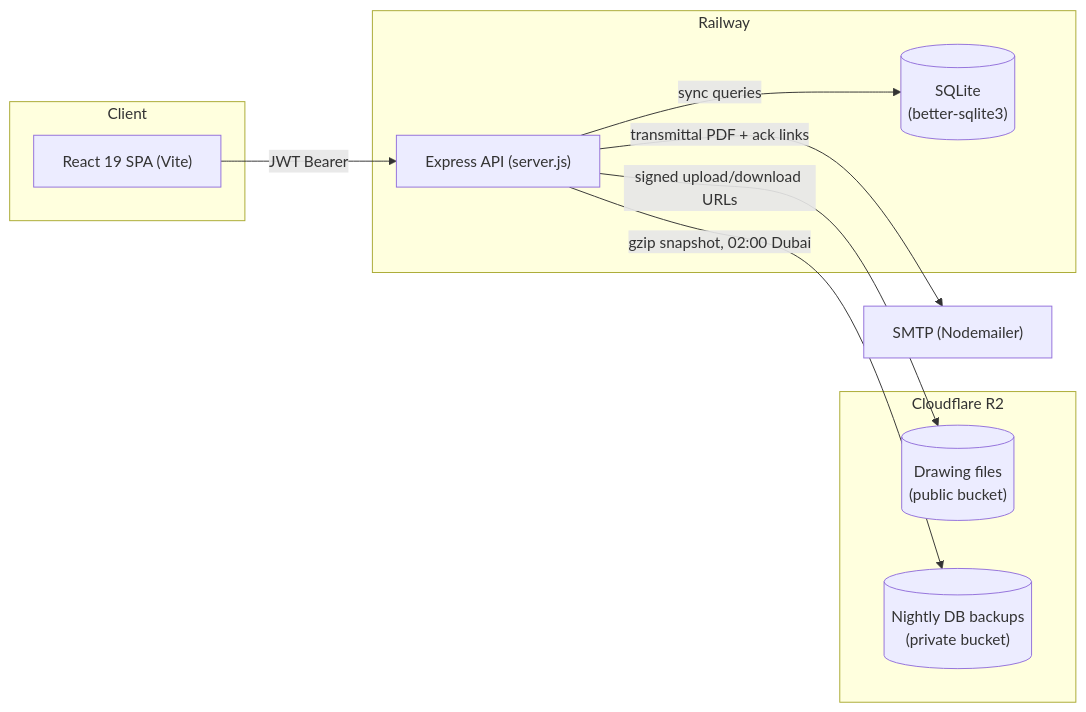
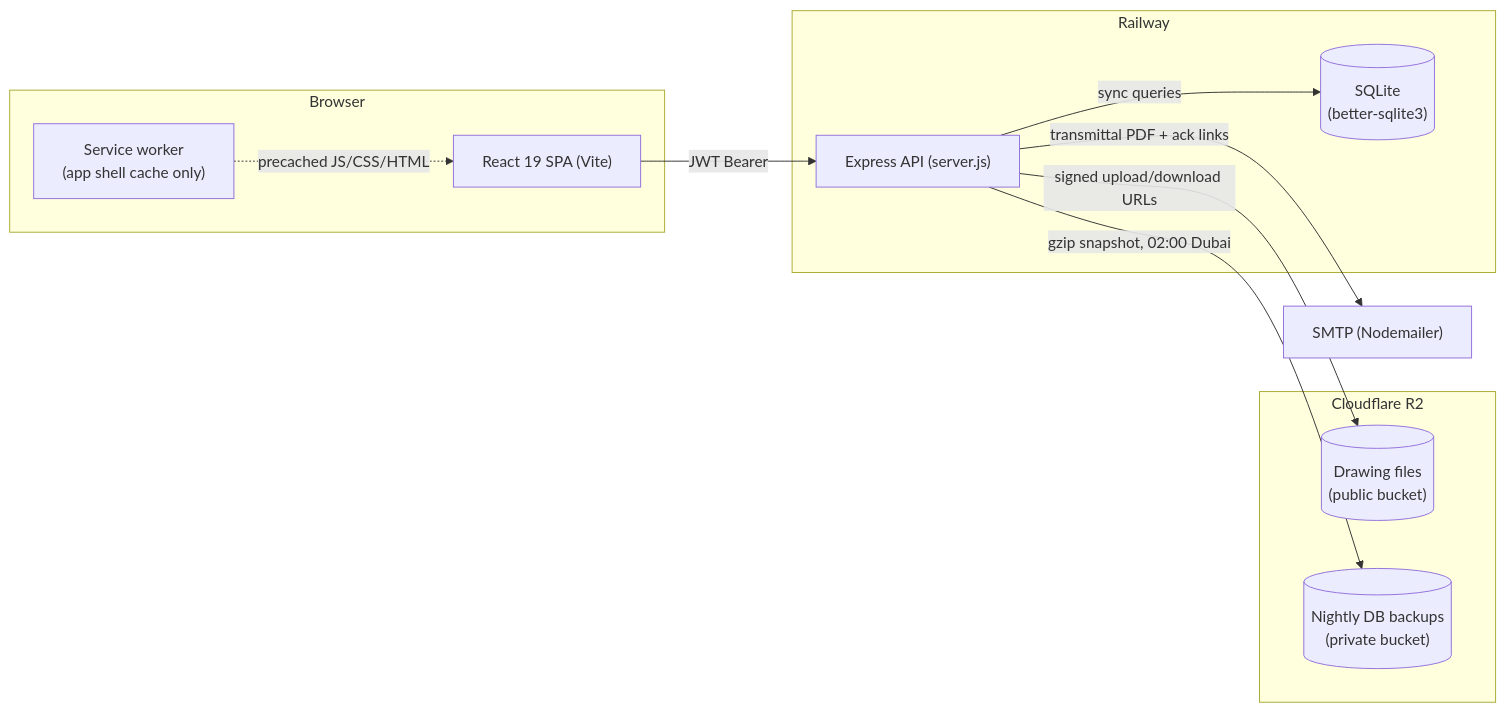
One commit to Harshagarwal06/Drawing_Management changed the diagram in README.md. Above: the diagram before and after it, drawn with Mermaid. The commit also changed other lines of this file, not shown here.

````diff
--- a/README.md
+++ b/README.md
@@ -37,21 +43,23 @@
 ```mermaid
 flowchart LR
-    subgraph Client
+    subgraph Browser
+        SW["Service worker\n(app shell cache only)"]
         FE["React 19 SPA (Vite)"]
     end
     subgraph Railway
         API["Express API (server.js)"]
         DB[("SQLite\n(better-sqlite3)")]
     end
     subgraph Cloudflare R2
         Files[("Drawing files\n(public bucket)")]
         Backups[("Nightly DB backups\n(private bucket)")]
     end
     Mail["SMTP (Nodemailer)"]
 
+    SW -. "precached JS/CSS/HTML" .-> FE
     FE -- "JWT Bearer" --> API
     API -- "sync queries" --> DB
     API -- "signed upload/download URLs" --> Files
     API -- "gzip snapshot, 02:00 Dubai" --> Backups
     API -- "transmittal PDF + ack links" --> Mail
 ```
````
